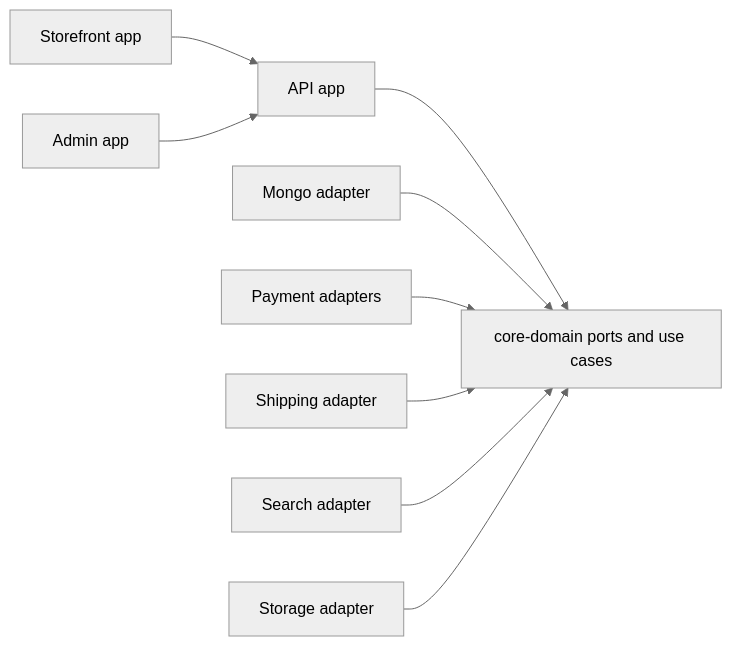
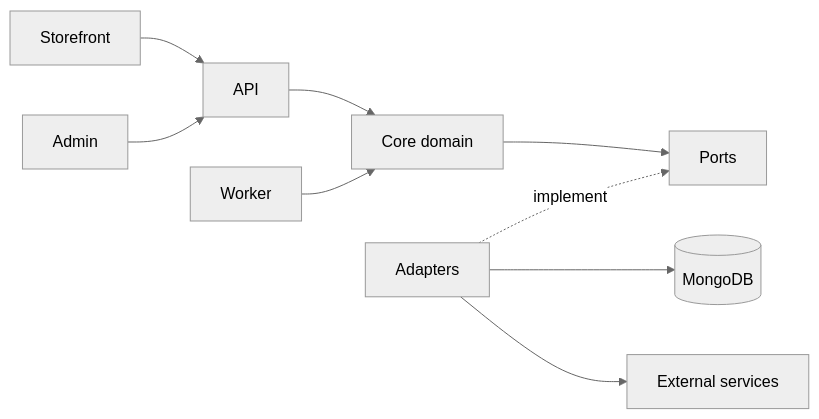
Before and after one commit to Kaizer-Systems/saha-textile: the diagram in docs/architecture/system-overview.md, drawn with Mermaid (neutral theme). The commit also changed other lines of this file and 92 other files, not shown here.

````diff
--- a/docs/architecture/system-overview.md
+++ b/docs/architecture/system-overview.md
@@ -24,11 +24,11 @@
 ```mermaid
 flowchart LR
-    Storefront["Storefront app"] --> API["API app"]
-    Admin["Admin app"] --> API
-    API --> Core["core-domain ports and use cases"]
-    MongoAdapter["Mongo adapter"] --> Core
-    PaymentAdapter["Payment adapters"] --> Core
-    ShippingAdapter["Shipping adapter"] --> Core
-    SearchAdapter["Search adapter"] --> Core
-    StorageAdapter["Storage adapter"] --> Core
+    Storefront --> API
+    Admin --> API
+    API --> Core[Core domain]
+    Worker --> Core
+    Core --> Ports
+    Adapters -. implement .-> Ports
+    Adapters --> Mongo[(MongoDB)]
+    Adapters --> External[External services]
 ```
````
